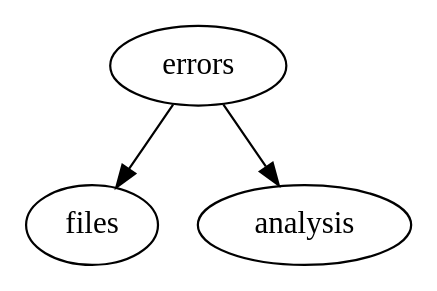
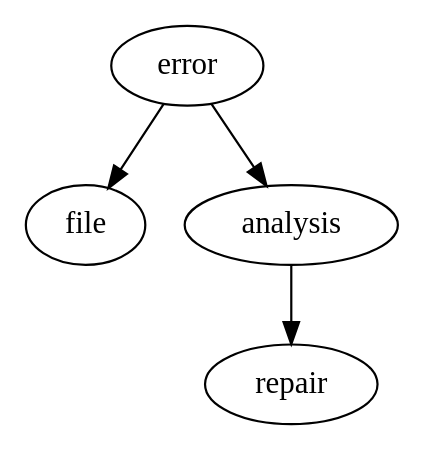
The diagram in docs/graphs/datamodel.dot (Digital-Preservation-Finland/knowledge-base), drawn with Graphviz before and after one commit. The commit also changed 1 other file, not shown here.

```diff
--- a/docs/graphs/datamodel.dot
+++ b/docs/graphs/datamodel.dot
@@ -1,5 +1,6 @@
 digraph model {
 
-	errors -> files
-	errors -> analysis
+	error -> file
+	error -> analysis
+	analysis -> repair
 }
```
